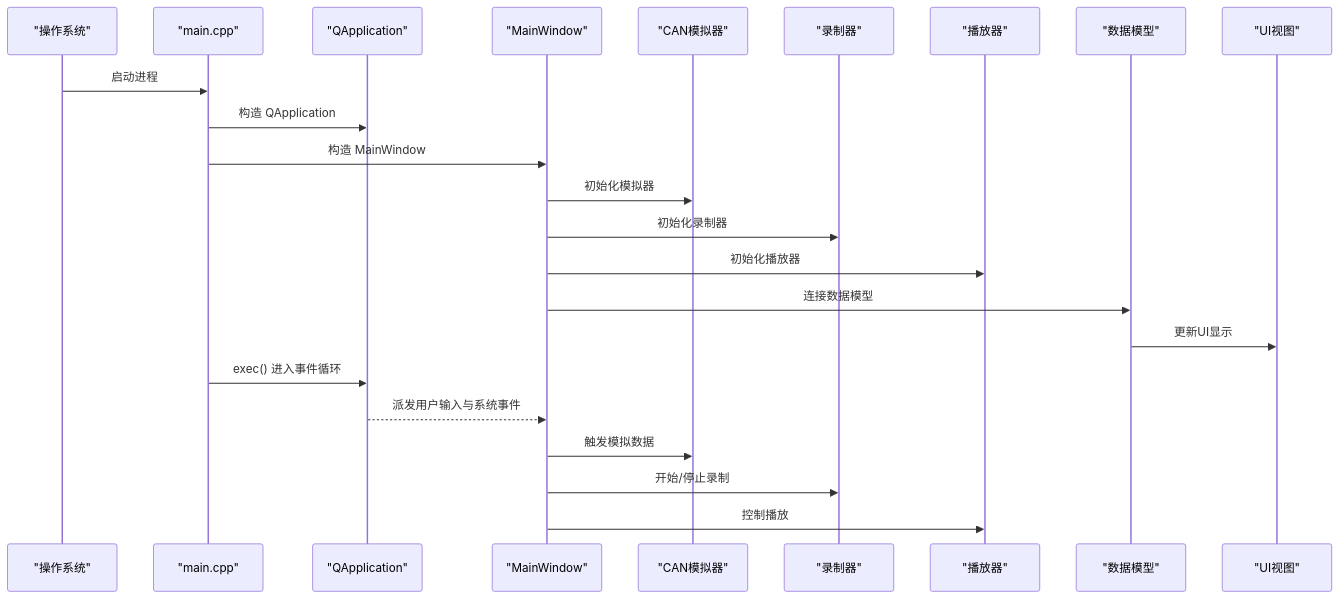
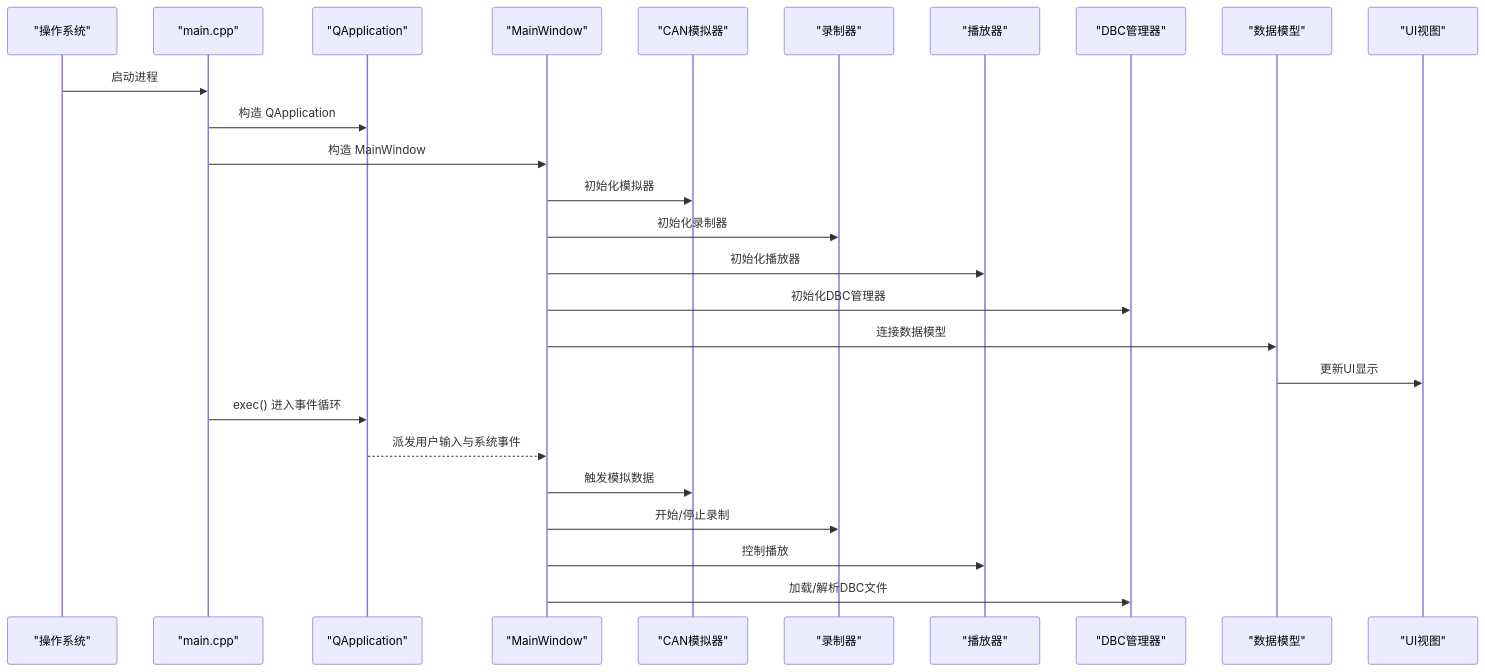
Before and after one commit to jakecai1225-design/OpenBus: the second of 6 diagrams in .qoder/repowiki/zh/content/核心模块详解/核心模块详解.md, drawn with Mermaid. The commit also changed other lines of this file and 44 other files, not shown here.

````diff
--- a/.qoder/repowiki/zh/content/核心模块详解/核心模块详解.md
+++ b/.qoder/repowiki/zh/content/核心模块详解/核心模块详解.md
@@ -152,25 +162,28 @@
 ```mermaid
 sequenceDiagram
 participant OS as "操作系统"
 participant Main as "main.cpp"
 participant App as "QApplication"
 participant Win as "MainWindow"
 participant Sim as "CAN模拟器"
 participant Rec as "录制器"
 participant Play as "播放器"
+participant DBC as "DBC管理器"
 participant Model as "数据模型"
 participant View as "UI视图"
 OS->>Main : 启动进程
 Main->>App : 构造 QApplication
 Main->>Win : 构造 MainWindow
 Win->>Sim : 初始化模拟器
 Win->>Rec : 初始化录制器
 Win->>Play : 初始化播放器
+Win->>DBC : 初始化DBC管理器
 Win->>Model : 连接数据模型
 Model->>View : 更新UI显示
 Main->>App : exec() 进入事件循环
 App-->>Win : 派发用户输入与系统事件
 Win->>Sim : 触发模拟数据
 Win->>Rec : 开始/停止录制
 Win->>Play : 控制播放
+Win->>DBC : 加载/解析DBC文件
 ```
````
